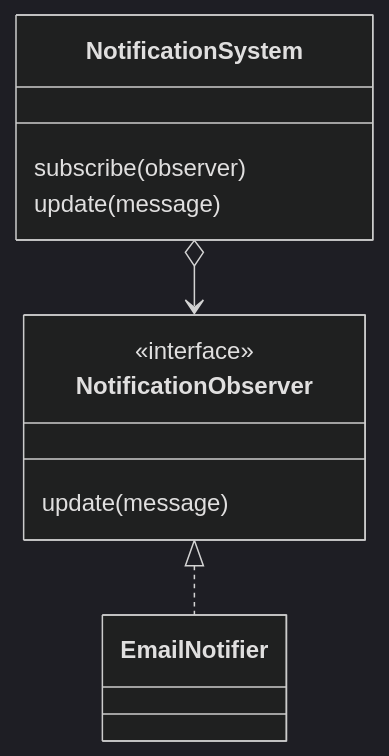
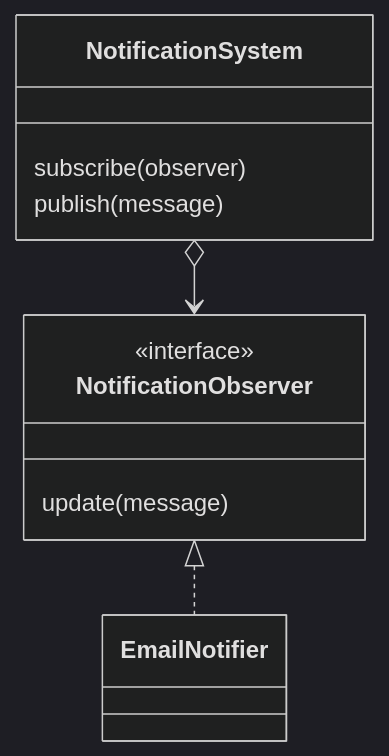
Before and after one commit to youknowedo/oop-project: the sixth of 6 diagrams in ARCHITECTURE.md, drawn with Mermaid (dark theme). The commit also changed other lines of this file, not shown here.

````diff
--- a/ARCHITECTURE.md
+++ b/ARCHITECTURE.md
@@ -302,13 +307,13 @@
 ```mermaid
 classDiagram
     class NotificationSystem {
         subscribe(observer)
-        update(message)
+        publish(message)
     }
     class NotificationObserver {
         <<interface>>
         update(message)
     }
     NotificationSystem o--> NotificationObserver
     NotificationObserver <|.. EmailNotifier
 ```
````
